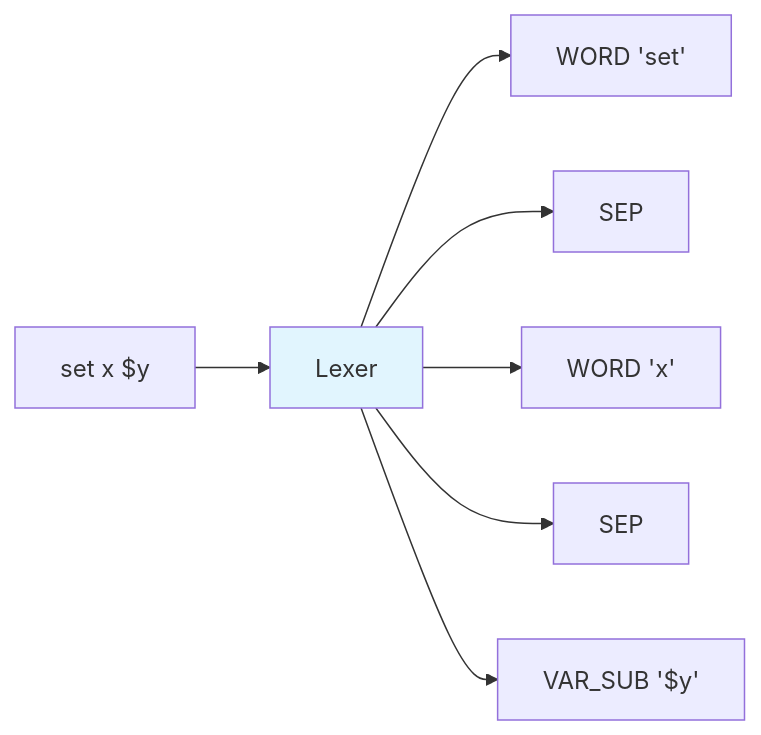
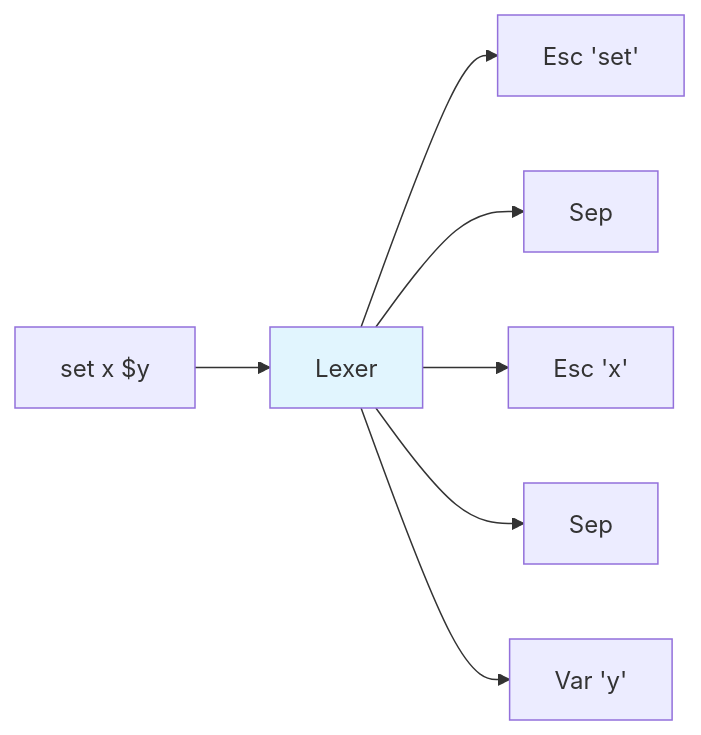
The second of 34 diagrams in docs/GLOSSARY.md (bitwisecook/tcl-lsp), drawn with Mermaid before and after one commit. The commit also changed other lines of this file and 56 other files, not shown here.

````diff
--- a/docs/GLOSSARY.md
+++ b/docs/GLOSSARY.md
@@ -47,11 +47,11 @@
 ```mermaid
 flowchart LR
     SRC["set x $y"] --> L["Lexer"]
-    L --> T1["WORD 'set'"]
-    L --> T2["SEP"]
-    L --> T3["WORD 'x'"]
-    L --> T4["SEP"]
-    L --> T5["VAR_SUB '$y'"]
+    L --> T1["Esc 'set'"]
+    L --> T2["Sep"]
+    L --> T3["Esc 'x'"]
+    L --> T4["Sep"]
+    L --> T5["Var 'y'"]
 
     style L fill:#e1f5fe
 ```
````
